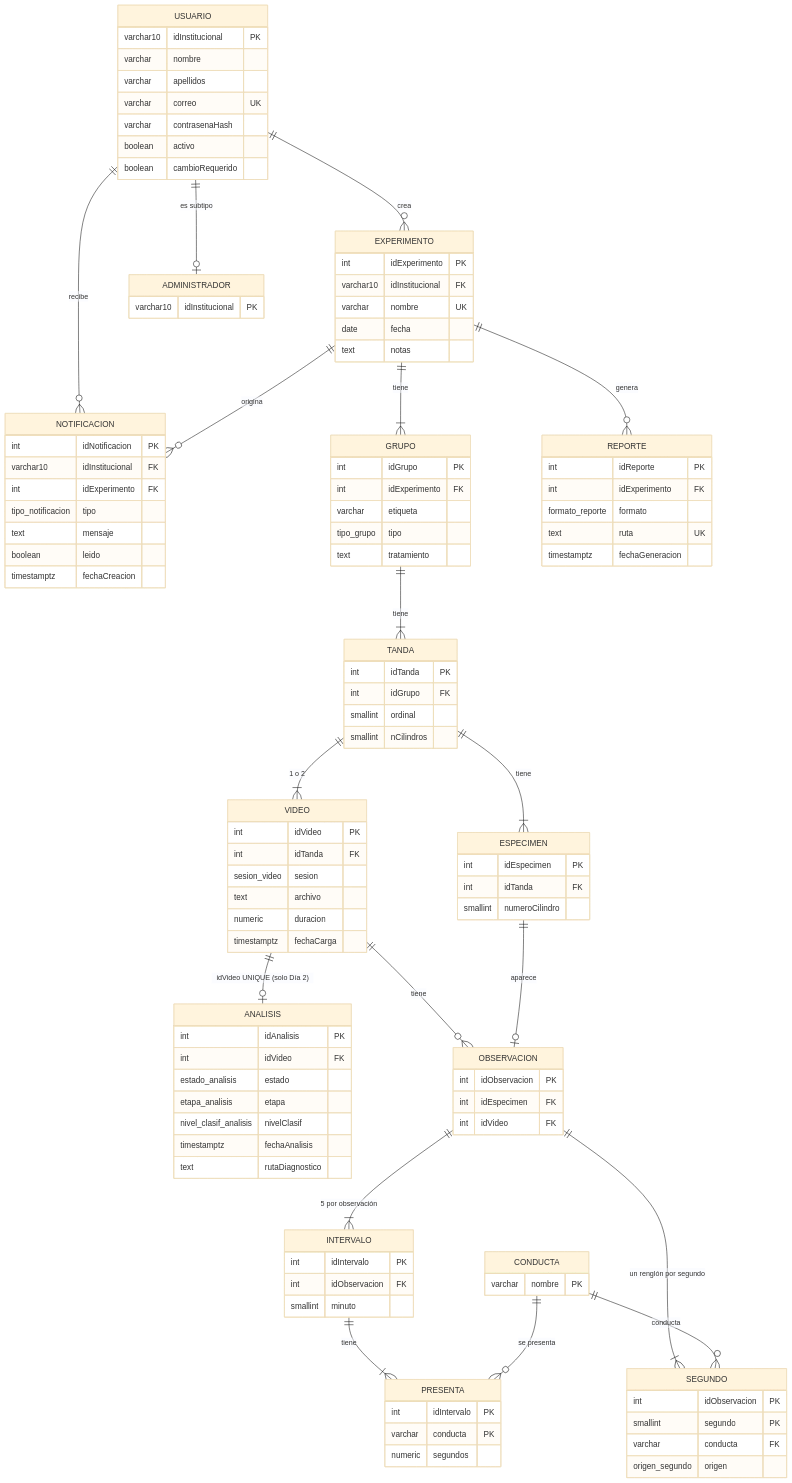
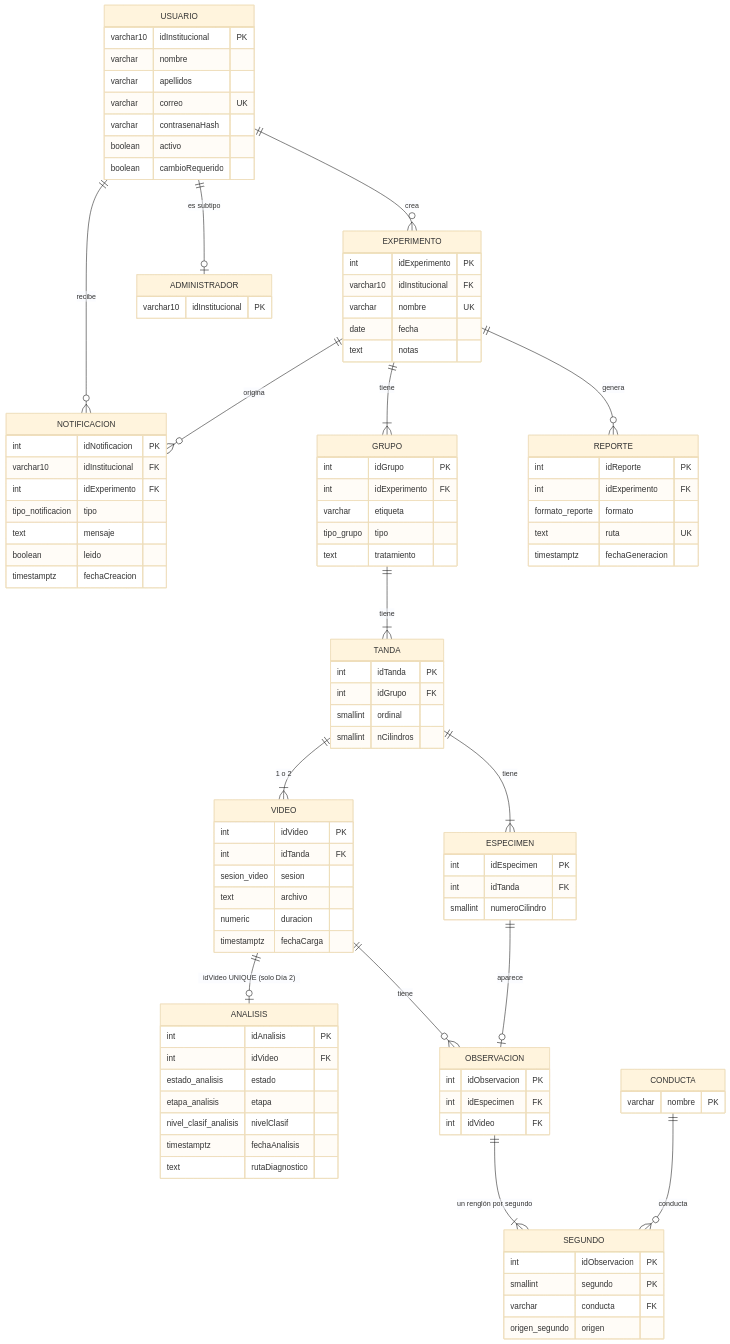
The fourth of 39 diagrams in INSTRUCCIONES-WEB.md (ErickJester/fst-ai-system-latex), drawn with Mermaid (base theme) before and after one commit. The commit also changed other lines of this file and 45 other files, not shown here.

```diff
--- a/INSTRUCCIONES-WEB.md
+++ b/INSTRUCCIONES-WEB.md
@@ -457,9 +458,6 @@
   VIDEO ||--o| ANALISIS : "idVideo UNIQUE (solo Día 2)"
   VIDEO ||--o{ OBSERVACION : tiene
   ESPECIMEN ||--o| OBSERVACION : aparece
-  OBSERVACION ||--|{ INTERVALO : "5 por observación"
-  INTERVALO ||--|{ PRESENTA : tiene
-  CONDUCTA ||--o{ PRESENTA : "se presenta"
   OBSERVACION ||--|{ SEGUNDO : "un renglón por segundo"
   CONDUCTA ||--o{ SEGUNDO : "conducta"
 
@@ -503,13 +501,7 @@
   OBSERVACION { int idObservacion PK
                 int idEspecimen FK
                 int idVideo FK }
-  INTERVALO { int idIntervalo PK
-              int idObservacion FK
-              smallint minuto }
   CONDUCTA { varchar nombre PK }
-  PRESENTA { int idIntervalo PK
-             varchar conducta PK
-             numeric segundos }
   SEGUNDO { int idObservacion PK
             smallint segundo PK
             varchar conducta FK
```
